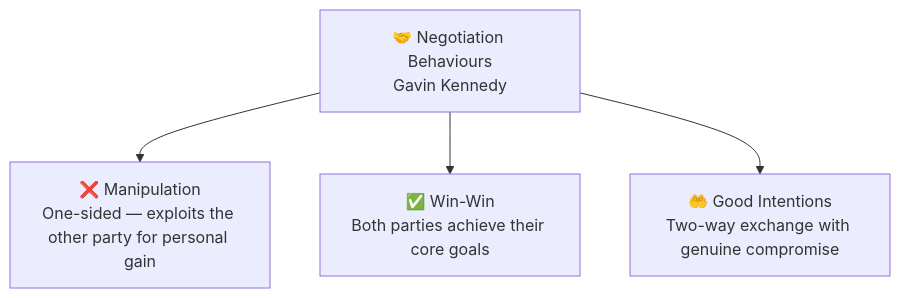
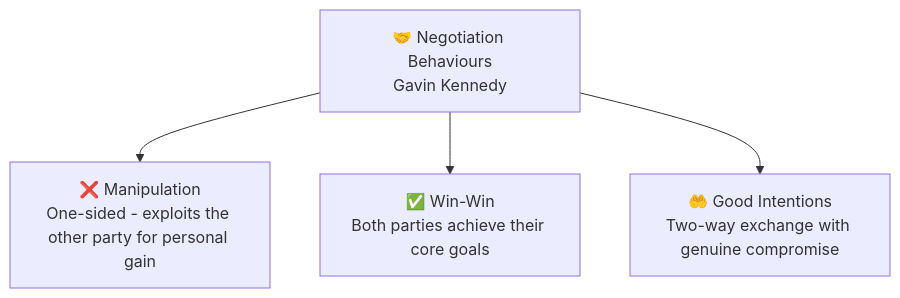
Before and after one commit to rahulkavishka/assessment-portfolio: diagram 13 of 18 in rahul_portfolio_content.md, drawn with Mermaid. The commit also changed other lines of this file and 16 other files, not shown here.

````diff
--- a/rahul_portfolio_content.md
+++ b/rahul_portfolio_content.md
@@ -888,6 +888,6 @@
 ```mermaid
 graph TD
-    A[🤝 Negotiation Behaviours\nGavin Kennedy] --> B[❌ Manipulation\nOne-sided — exploits the other party for personal gain]
+    A[🤝 Negotiation Behaviours\nGavin Kennedy] --> B[❌ Manipulation\nOne-sided - exploits the other party for personal gain]
     A --> C[✅ Win-Win\nBoth parties achieve their core goals]
     A --> D[🤲 Good Intentions\nTwo-way exchange with genuine compromise]
 ```
````
